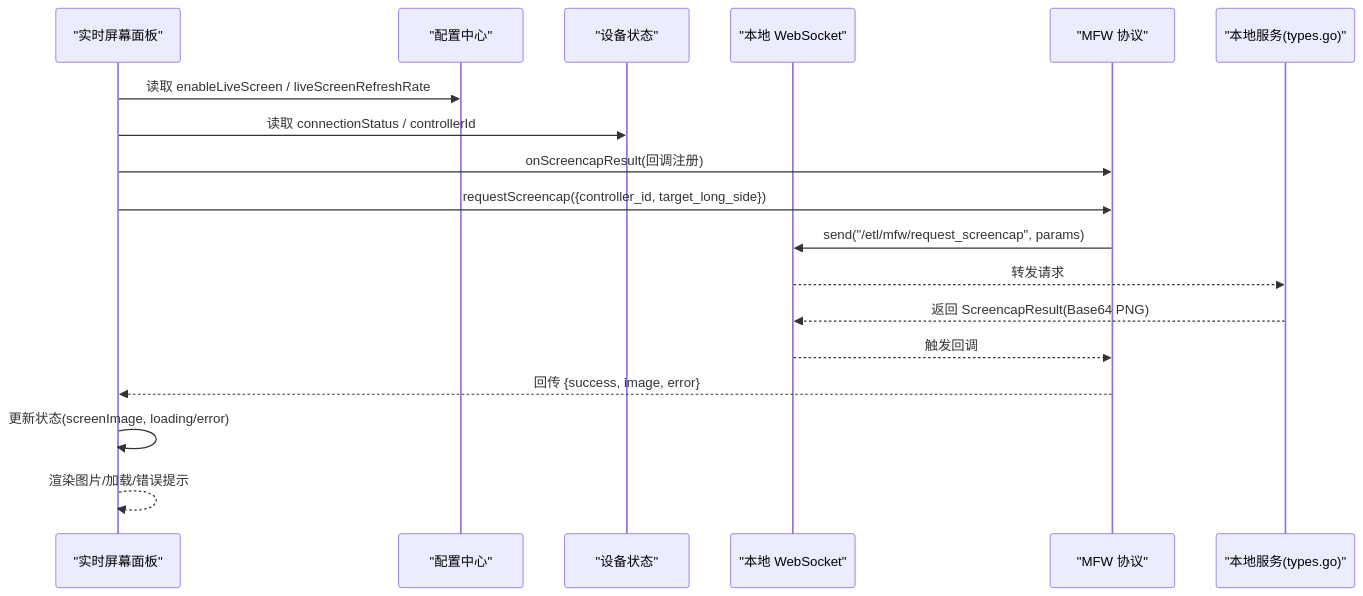
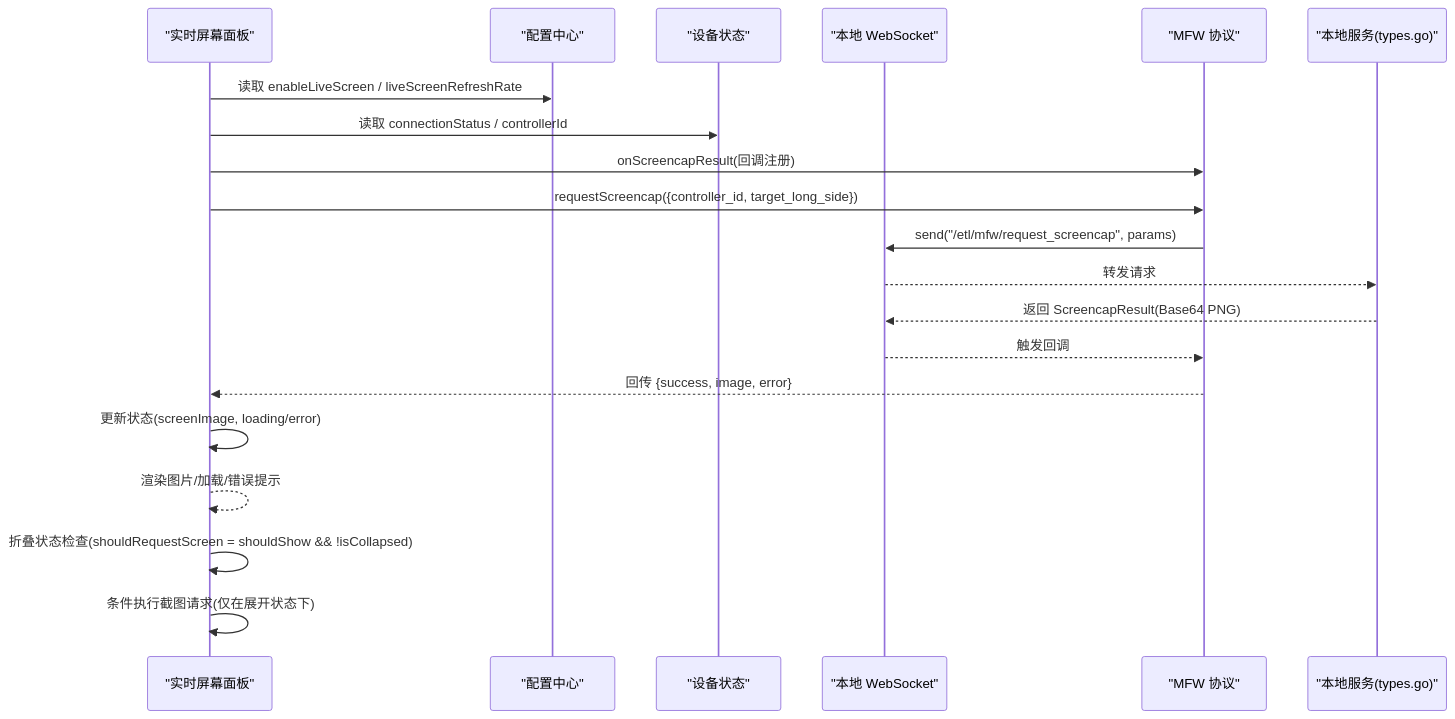
The second of 7 diagrams in .qoder/repowiki/zh/content/面板与组件/主要面板/实时屏幕面板.md (kqcoxn/MaaPipelineEditor), drawn with Mermaid before and after one commit. The commit also changed other lines of this file and 42 other files, not shown here.

````diff
--- a/.qoder/repowiki/zh/content/面板与组件/主要面板/实时屏幕面板.md
+++ b/.qoder/repowiki/zh/content/面板与组件/主要面板/实时屏幕面板.md
@@ -140,20 +135,22 @@
 ```mermaid
 sequenceDiagram
 participant UI as "实时屏幕面板"
 participant CFG as "配置中心"
 participant MFW as "设备状态"
 participant WS as "本地 WebSocket"
 participant MFWP as "MFW 协议"
 participant GO as "本地服务(types.go)"
 UI->>CFG : 读取 enableLiveScreen / liveScreenRefreshRate
 UI->>MFW : 读取 connectionStatus / controllerId
 UI->>MFWP : onScreencapResult(回调注册)
 UI->>MFWP : requestScreencap({controller_id, target_long_side})
 MFWP->>WS : send("/etl/mfw/request_screencap", params)
 WS-->>GO : 转发请求
 GO-->>WS : 返回 ScreencapResult(Base64 PNG)
 WS-->>MFWP : 触发回调
 MFWP-->>UI : 回传 {success, image, error}
 UI->>UI : 更新状态(screenImage, loading/error)
 UI-->>UI : 渲染图片/加载/错误提示
+UI->>UI : 折叠状态检查(shouldRequestScreen = shouldShow && !isCollapsed)
+UI->>UI : 条件执行截图请求(仅在展开状态下)
 ```
````
